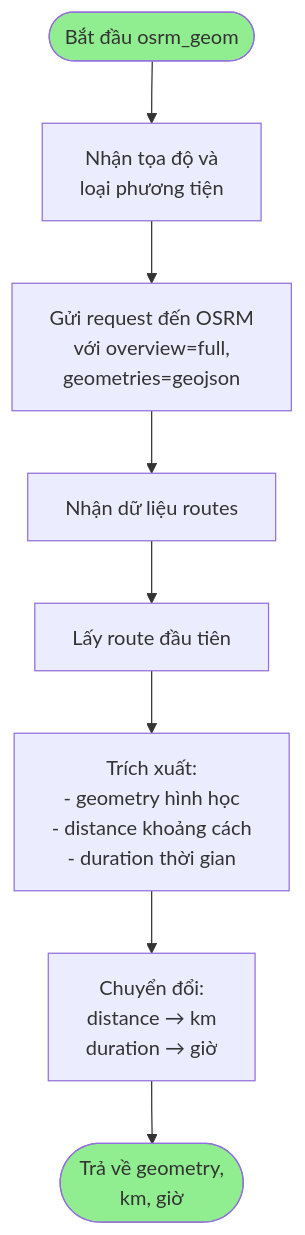
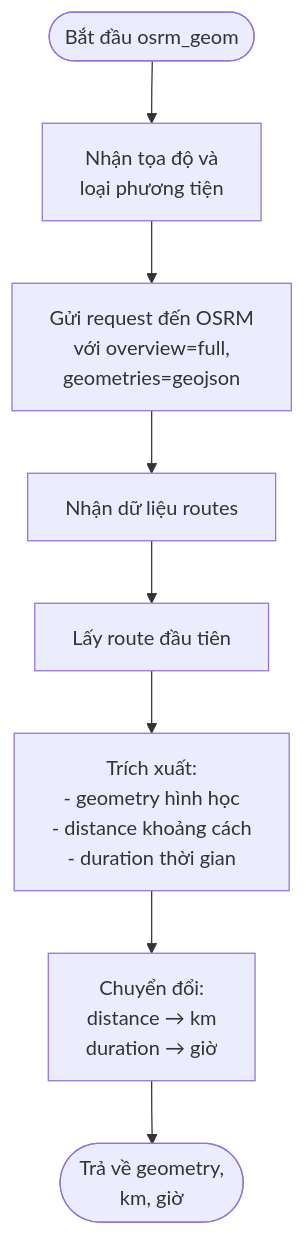
Before and after one commit to vothuctri/----n: the fourth of 8 diagrams in flowchart_test.md, drawn with Mermaid. The commit also changed other lines of this file and 10 other files, not shown here.

````diff
--- a/flowchart_test.md
+++ b/flowchart_test.md
@@ -82,13 +67,10 @@
 ```mermaid
 flowchart TD
     A([Bắt đầu osrm_geom]) --> B[Nhận tọa độ và<br/>loại phương tiện]
     B --> C[Gửi request đến OSRM<br/>với overview=full,<br/>geometries=geojson]
     C --> D[Nhận dữ liệu routes]
     D --> E[Lấy route đầu tiên]
     E --> F[Trích xuất:<br/>- geometry hình học<br/>- distance khoảng cách<br/>- duration thời gian]
     F --> G[Chuyển đổi:<br/>distance → km<br/>duration → giờ]
     G --> H([Trả về geometry,<br/>km, giờ])
-    
-    style A fill:#90EE90
-    style H fill:#90EE90
 ```
````
